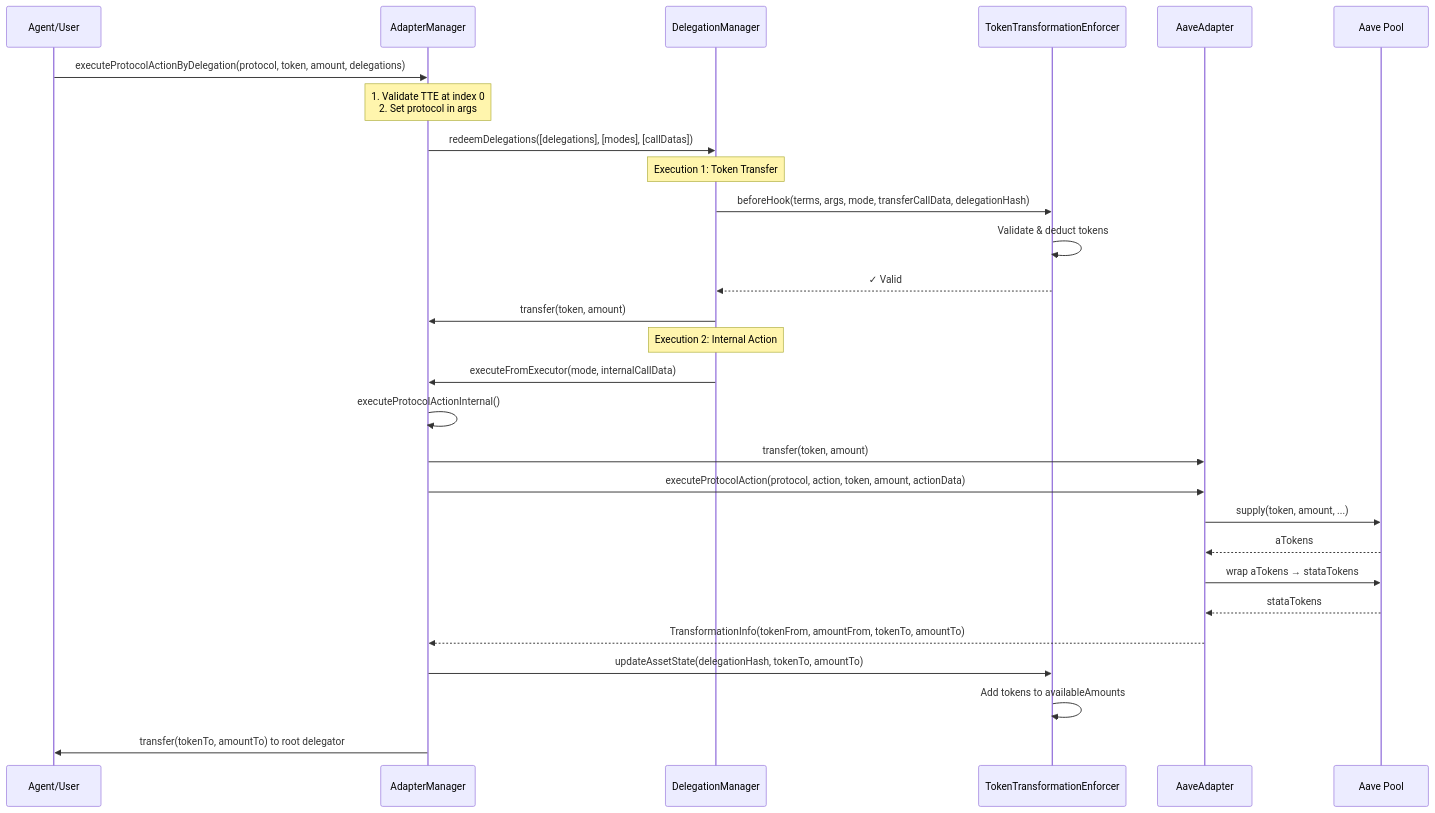
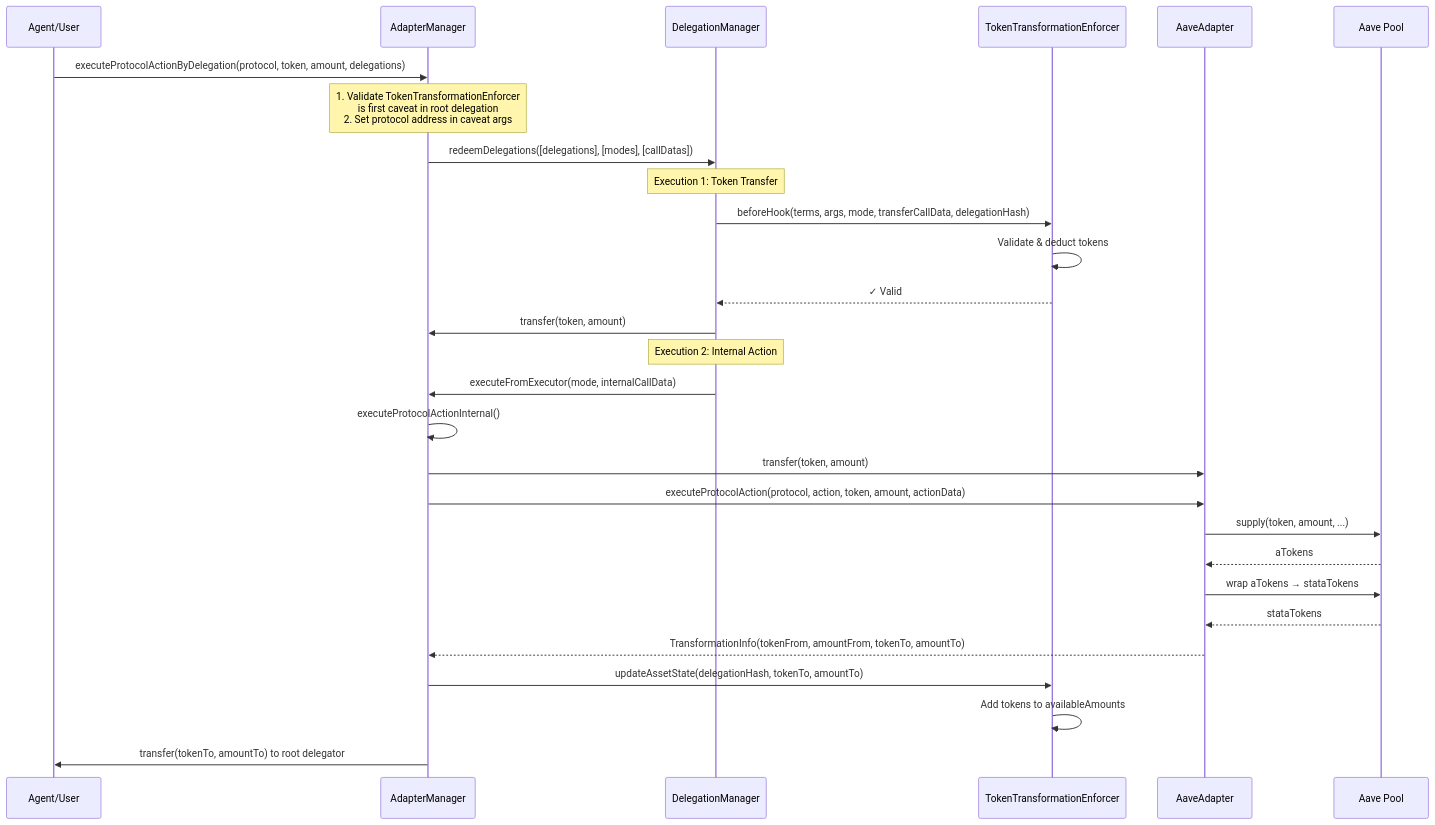
Before and after one commit to MetaMask/delegation-framework: the diagram in documents/TokenTransformationSystem.md, drawn with Mermaid.

Commit message:
docs: clarify diagram note in TokenTransformationSystem
- Expand abbreviated 'TTE' to full 'TokenTransformationEnforcer'
- Clarify validation step description
- Make diagram note more readable

````diff
--- a/documents/TokenTransformationSystem.md
+++ b/documents/TokenTransformationSystem.md
@@ -169,39 +169,39 @@
 ```mermaid
 sequenceDiagram
     participant Agent as Agent/User
     participant AM as AdapterManager
     participant DM as DelegationManager
     participant TTE as TokenTransformationEnforcer
     participant AA as AaveAdapter
     participant Aave as Aave Pool
 
     Agent->>AM: executeProtocolActionByDelegation(protocol, token, amount, delegations)
 
-    Note over AM: 1. Validate TTE at index 0<br/>2. Set protocol in args
+    Note over AM: 1. Validate TokenTransformationEnforcer<br/>is first caveat in root delegation<br/>2. Set protocol address in caveat args
 
     AM->>DM: redeemDelegations([delegations], [modes], [callDatas])
 
     Note over DM: Execution 1: Token Transfer
     DM->>TTE: beforeHook(terms, args, mode, transferCallData, delegationHash)
     TTE->>TTE: Validate & deduct tokens
     TTE-->>DM: ✓ Valid
     DM->>AM: transfer(token, amount)
 
     Note over DM: Execution 2: Internal Action
     DM->>AM: executeFromExecutor(mode, internalCallData)
     AM->>AM: executeProtocolActionInternal()
 
     AM->>AA: transfer(token, amount)
     AM->>AA: executeProtocolAction(protocol, action, token, amount, actionData)
 
     AA->>Aave: supply(token, amount, ...)
     Aave-->>AA: aTokens
     AA->>Aave: wrap aTokens → stataTokens
     Aave-->>AA: stataTokens
     AA-->>AM: TransformationInfo(tokenFrom, amountFrom, tokenTo, amountTo)
 
     AM->>TTE: updateAssetState(delegationHash, tokenTo, amountTo)
     TTE->>TTE: Add tokens to availableAmounts
 
     AM->>Agent: transfer(tokenTo, amountTo) to root delegator
 ```
````
